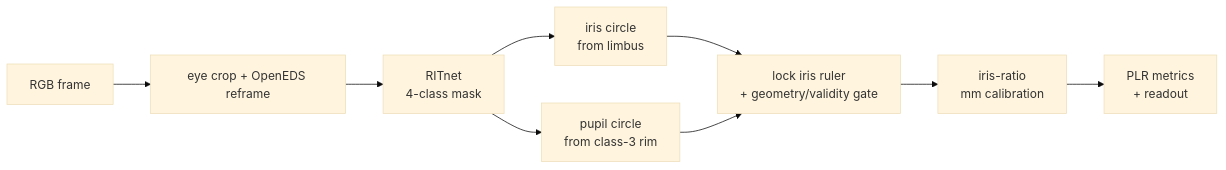
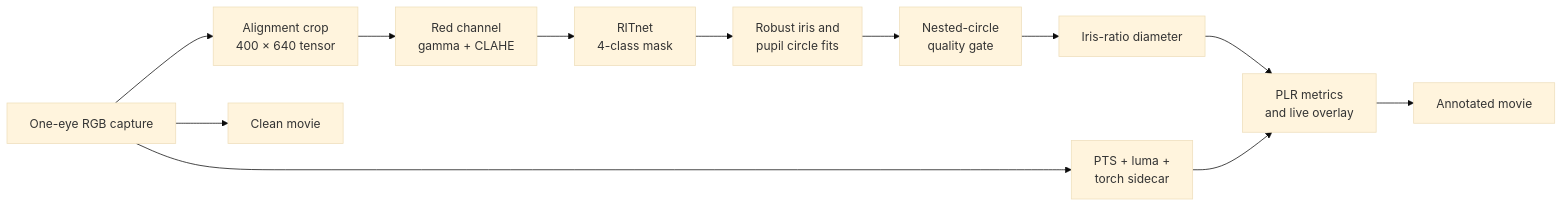
The first of 3 diagrams in README.md (ayangelah/Pupilometry_Fine_Tuning), drawn with Mermaid (base theme) before and after one commit. The commit also changed other lines of this file and 5 other files, not shown here.

````diff
--- a/README.md
+++ b/README.md
@@ -40,11 +41,14 @@
 ```mermaid
 flowchart LR
-    A[RGB frame] --> B[eye crop + OpenEDS reframe]
-    B --> C[RITnet<br/>4-class mask]
-    C --> D[iris circle<br/>from limbus]
-    C --> E[pupil circle<br/>from class-3 rim]
-    D --> F[lock iris ruler<br/>+ geometry/validity gate]
-    E --> F
-    F --> G[iris-ratio<br/>mm calibration]
-    G --> H[PLR metrics<br/>+ readout]
+    A[One-eye RGB capture] --> B[Alignment crop<br/>400 × 640 tensor]
+    B --> C[Red channel<br/>gamma + CLAHE]
+    C --> D[RITnet<br/>4-class mask]
+    D --> E[Robust iris and<br/>pupil circle fits]
+    E --> F[Nested-circle<br/>quality gate]
+    F --> G[Iris-ratio diameter]
+    G --> H[PLR metrics<br/>and live overlay]
+    A --> I[Clean movie]
+    H --> J[Annotated movie]
+    A --> K[PTS + luma +<br/>torch sidecar]
+    K --> H
 ```
````
